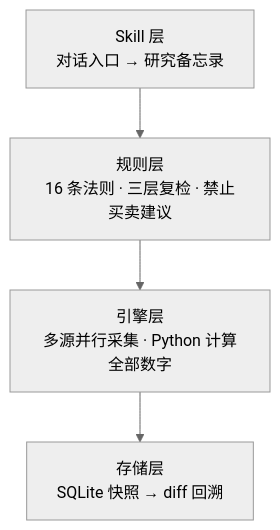
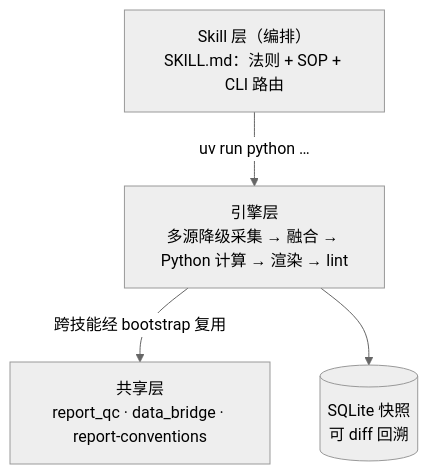
The first of 3 diagrams in README.md (Veblin/invest-skills), drawn with Mermaid (neutral theme) before and after one commit. The commit also changed other lines of this file and 4 other files, not shown here.

````diff
--- a/README.md
+++ b/README.md
@@ -30,8 +45,10 @@
 ```mermaid
 flowchart TB
-    A["Skill 层<br/>对话入口 → 研究备忘录"]
-    B["规则层<br/>16 条法则 · 三层复检 · 禁止买卖建议"]
-    C["引擎层<br/>多源并行采集 · Python 计算全部数字"]
-    D["存储层<br/>SQLite 快照 → diff 回溯"]
-    A --> B --> C --> D
+    A["Skill 层（编排）<br/>SKILL.md：法则 + SOP + CLI 路由"]
+    B["引擎层<br/>多源降级采集 → 融合 → Python 计算 → 渲染 → lint"]
+    C["共享层<br/>report_qc · data_bridge · report-conventions"]
+    D[("SQLite 快照<br/>可 diff 回溯")]
+    A -->|"uv run python …"| B
+    B -->|"跨技能经 bootstrap 复用"| C
+    B --> D
 ```
````
